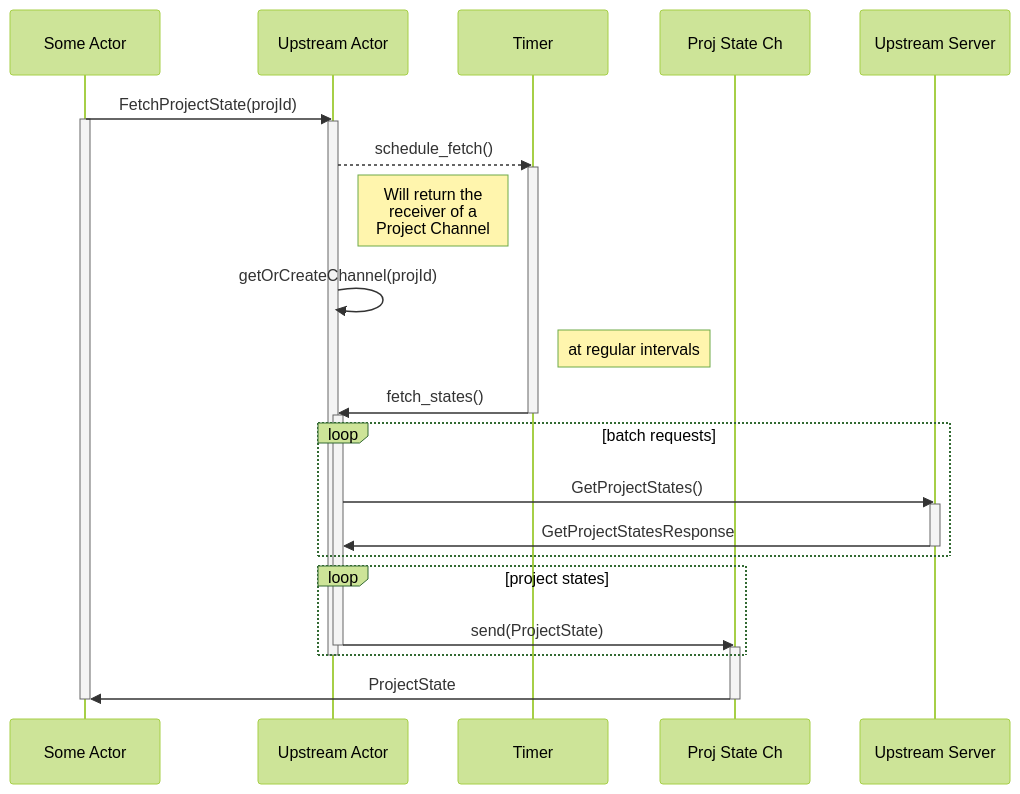
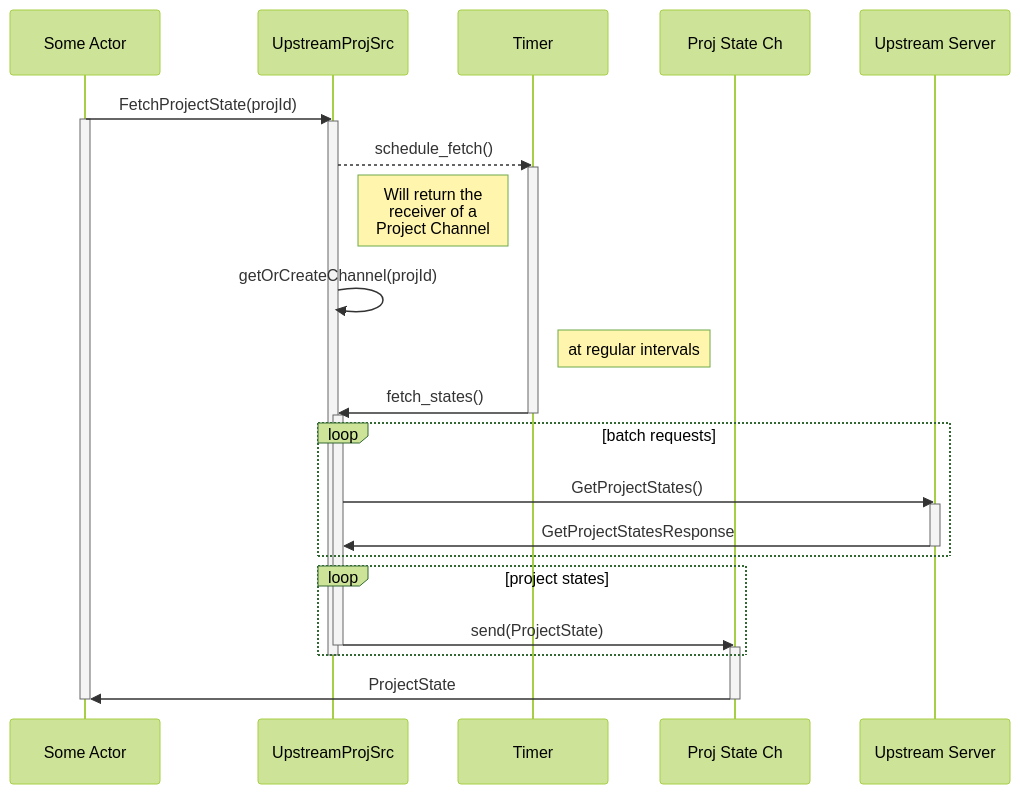
Before and after one commit to getsentry/relay: the third of 3 diagrams in docs/architecture/project-configuration.md, drawn with Mermaid (forest theme). The commit also changed other lines of this file, not shown here.

Commit message:
Added architecture doc on project configuration.

````diff
--- a/docs/architecture/project-configuration.md
+++ b/docs/architecture/project-configuration.md
@@ -112,36 +113,36 @@
 ```mermaid
 sequenceDiagram
 participant extern as Some Actor
-participant upstream as Upstream Actor
+participant upstream as UpstreamProjSrc
 participant timer as Timer
 participant channel as Proj State Ch
 participant http as Upstream Server
 
 extern->>upstream: FetchProjectState(projId)
 activate extern
   activate upstream
     upstream-->>timer: schedule_fetch()
     activate timer
     note right of upstream: Will return the <br> receiver of a <br> Project Channel
     upstream->>upstream: getOrCreateChannel(projId)
     note right of timer: at regular intervals
     timer->>upstream: fetch_states()
     deactivate timer
     activate upstream
     loop batch requests
 
         upstream->>http: GetProjectStates()
         activate http
           http->>upstream: GetProjectStatesResponse
         deactivate http
     end
     loop project states
       upstream->>channel: send(ProjectState)
       activate channel
     deactivate upstream
     end
   deactivate upstream
       channel->>extern: ProjectState
       deactivate channel
 deactivate extern
 ```
````
